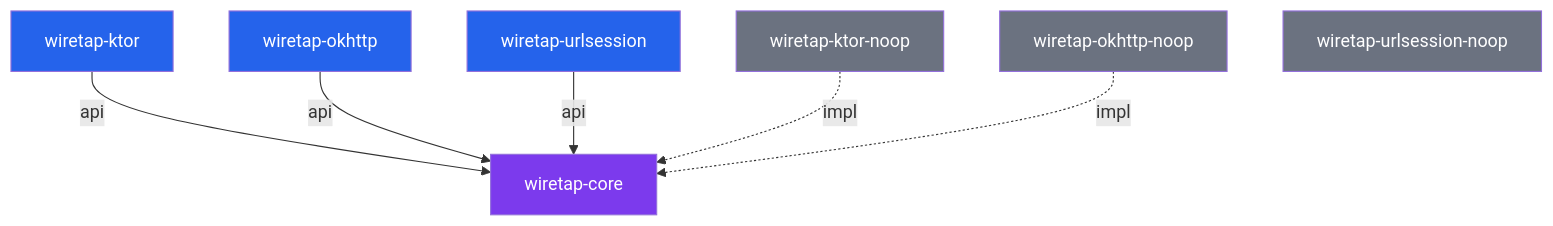
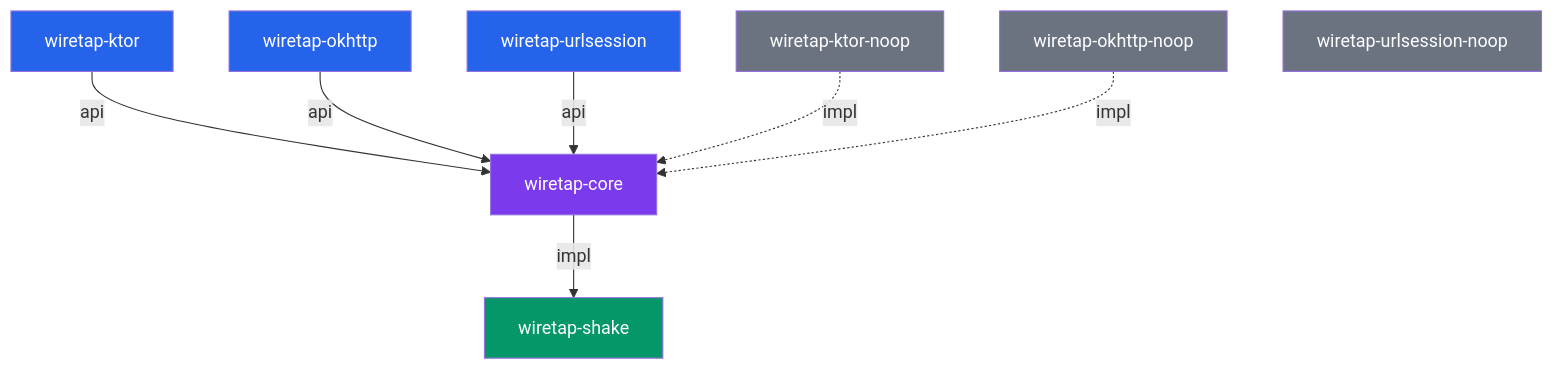
One commit to skymansandy/wiretapKMP changed the diagram in docs/architecture/modules.md. Above: the diagram before and after it, drawn with Mermaid. The commit also changed other lines of this file and 11 other files, not shown here.

````diff
--- a/docs/architecture/modules.md
+++ b/docs/architecture/modules.md
@@ -91,24 +106,27 @@
 ```mermaid
 graph TD
     core["wiretap-core"]
     ktor["wiretap-ktor"]
     okhttp["wiretap-okhttp"]
     urlsession["wiretap-urlsession"]
     ktor_noop["wiretap-ktor-noop"]
     okhttp_noop["wiretap-okhttp-noop"]
     urlsession_noop["wiretap-urlsession-noop"]
+    shake["wiretap-shake"]
 
     ktor -->|api| core
     okhttp -->|api| core
     urlsession -->|api| core
+    core -->|impl| shake
     ktor_noop -.->|impl| core
     okhttp_noop -.->|impl| core
 
     style core fill:#7c3aed,color:#fff
     style ktor fill:#2563eb,color:#fff
     style okhttp fill:#2563eb,color:#fff
     style urlsession fill:#2563eb,color:#fff
     style ktor_noop fill:#6b7280,color:#fff
     style okhttp_noop fill:#6b7280,color:#fff
     style urlsession_noop fill:#6b7280,color:#fff
+    style shake fill:#059669,color:#fff
 ```
````
